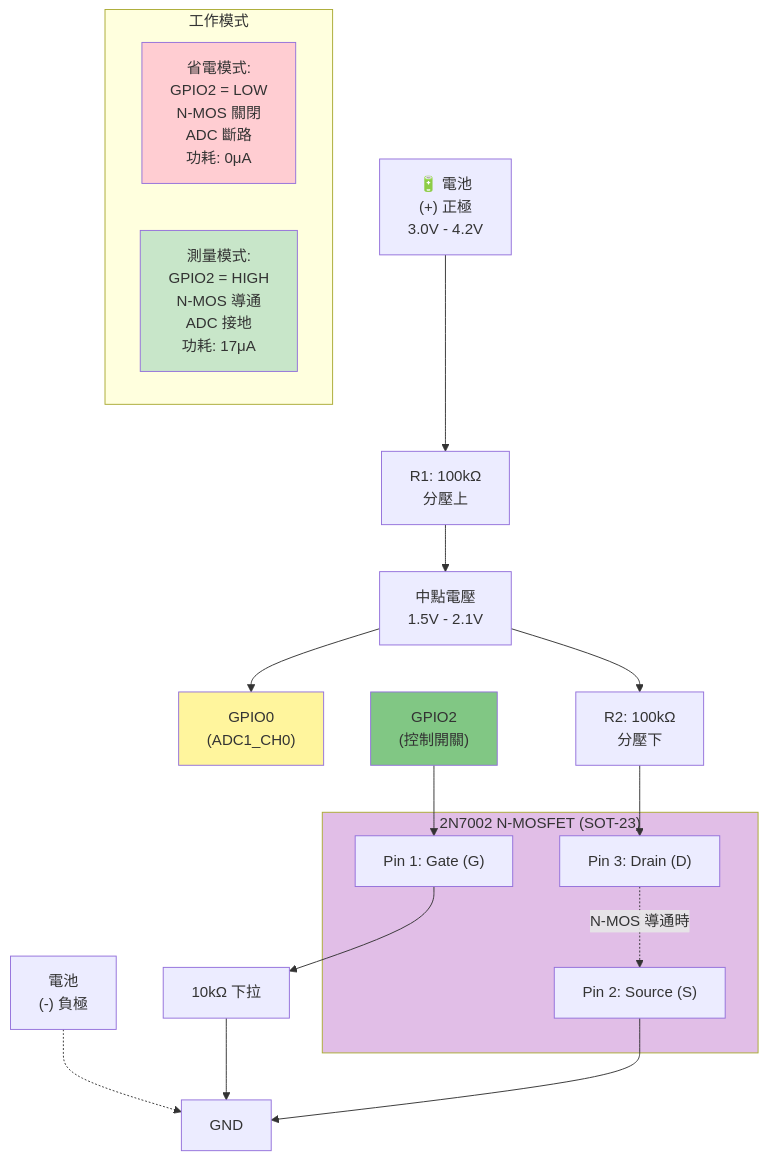
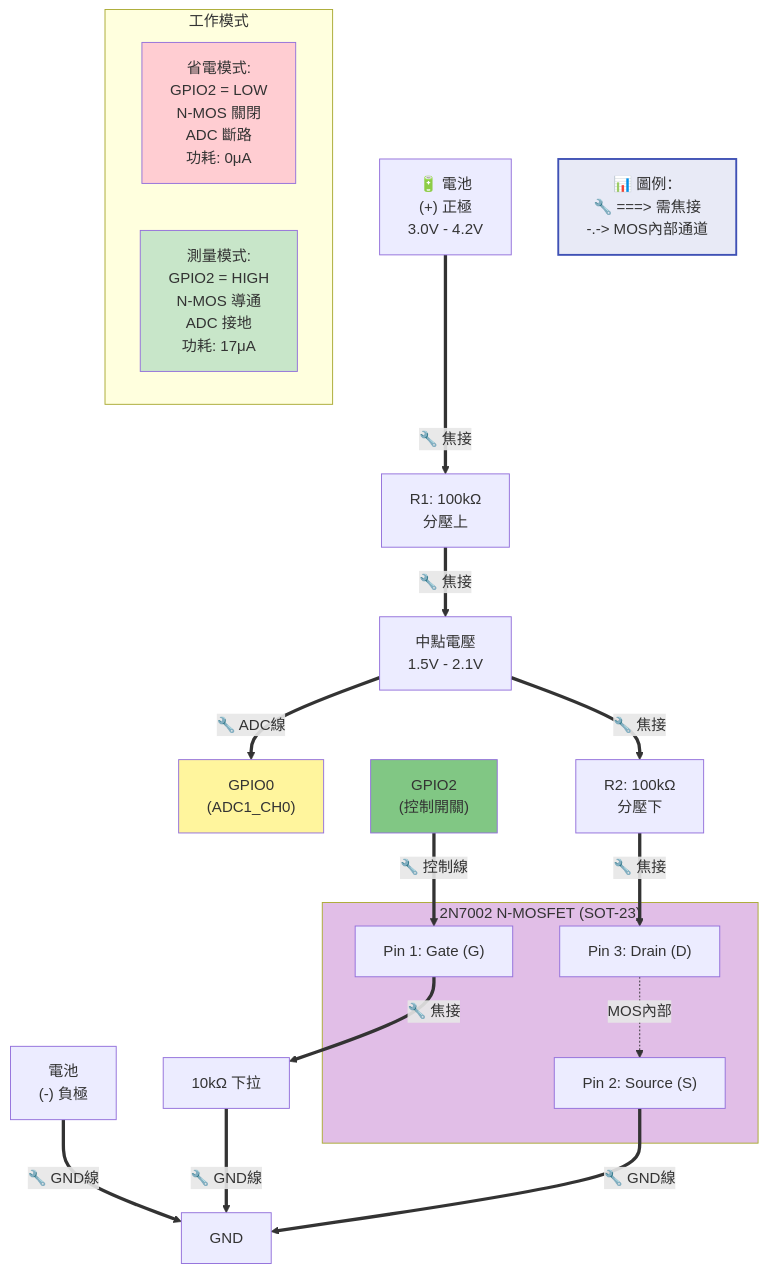
Before and after one commit to DanielYJHsieh/esp32c3: the fifth of 6 diagrams in battery_management/hardware/WIRING_DIAGRAM.md, drawn with Mermaid. The commit also changed other lines of this file and 1 other file, not shown here.

Commit message:
電路圖新增線條圖例：🔧 粗線表示需焊接的實體線，虛線表示IC內部連接

````diff
--- a/battery_management/hardware/WIRING_DIAGRAM.md
+++ b/battery_management/hardware/WIRING_DIAGRAM.md
@@ -382,33 +388,36 @@
 ```mermaid
 graph TB
-    BAT_P2["🔋 電池<br/>(+) 正極<br/>3.0V - 4.2V"] --> R1["R1: 100kΩ<br/>分壓上"]
-    BAT_N2["電池<br/>(-) 負極"] -.-> GND3
-    R1 --> MID["中點電壓<br/>1.5V - 2.1V"]
-    MID --> GPIO0["GPIO0<br/>(ADC1_CH0)"]
-    MID --> R2["R2: 100kΩ<br/>分壓下"]
-    R2 --> DRAIN
+    BAT_P2["🔋 電池<br/>(+) 正極<br/>3.0V - 4.2V"] ==>|"🔧 焦接"| R1["R1: 100kΩ<br/>分壓上"]
+    BAT_N2["電池<br/>(-) 負極"] ==>|"🔧 GND線"| GND3
+    R1 ==>|"🔧 焦接"| MID["中點電壓<br/>1.5V - 2.1V"]
+    MID ==>|"🔧 ADC線"| GPIO0["GPIO0<br/>(ADC1_CH0)"]
+    MID ==>|"🔧 焦接"| R2["R2: 100kΩ<br/>分壓下"]
+    R2 ==>|"🔧 焦接"| DRAIN
     
     subgraph NMOS["2N7002 N-MOSFET (SOT-23)"]
         GATE2["Pin 1: Gate (G)"]
         SOURCE2["Pin 2: Source (S)"]
         DRAIN["Pin 3: Drain (D)"]
     end
     
-    GPIO2["GPIO2<br/>(控制開關)"] --> GATE2
-    GATE2 --> R_GATE2["10kΩ 下拉"]
-    R_GATE2 --> GND3["GND"]
-    SOURCE2 --> GND3
+    GPIO2["GPIO2<br/>(控制開關)"] ==>|"🔧 控制線"| GATE2
+    GATE2 ==>|"🔧 焦接"| R_GATE2["10kΩ 下拉"]
+    R_GATE2 ==>|"🔧 GND線"| GND3["GND"]
+    SOURCE2 ==>|"🔧 GND線"| GND3
     
-    DRAIN -.->|N-MOS 導通時| SOURCE2
+    DRAIN -.->|MOS內部| SOURCE2
     
     subgraph STATES["工作模式"]
         OFF["省電模式:<br/>GPIO2 = LOW<br/>N-MOS 關閉<br/>ADC 斷路<br/>功耗: 0μA"]
         ON["測量模式:<br/>GPIO2 = HIGH<br/>N-MOS 導通<br/>ADC 接地<br/>功耗: 17μA"]
     end
     
+    LEGEND["📊 圖例：<br/>🔧 ===> 需焦接<br/>-.-> MOS內部通道"]:::legendStyle
+    
+    classDef legendStyle fill:#e8eaf6,stroke:#3f51b5,stroke-width:2px
     style NMOS fill:#e1bee7
     style GPIO0 fill:#fff59d
     style GPIO2 fill:#81c784
     style OFF fill:#ffcdd2
     style ON fill:#c8e6c9
 ```
````
